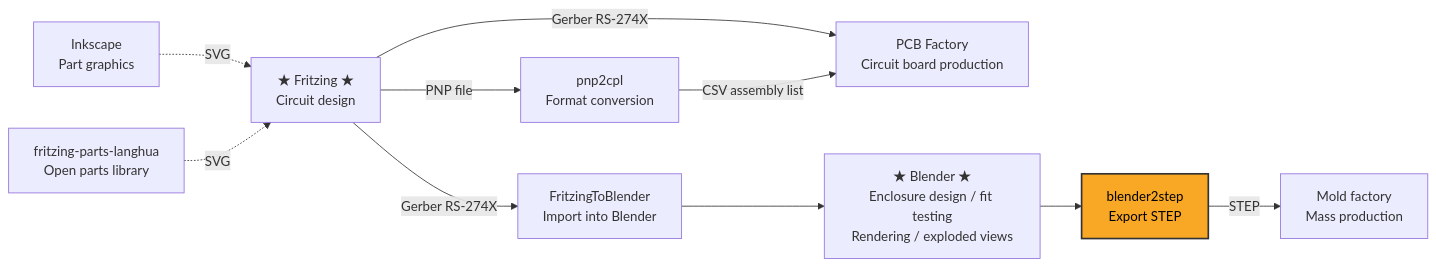
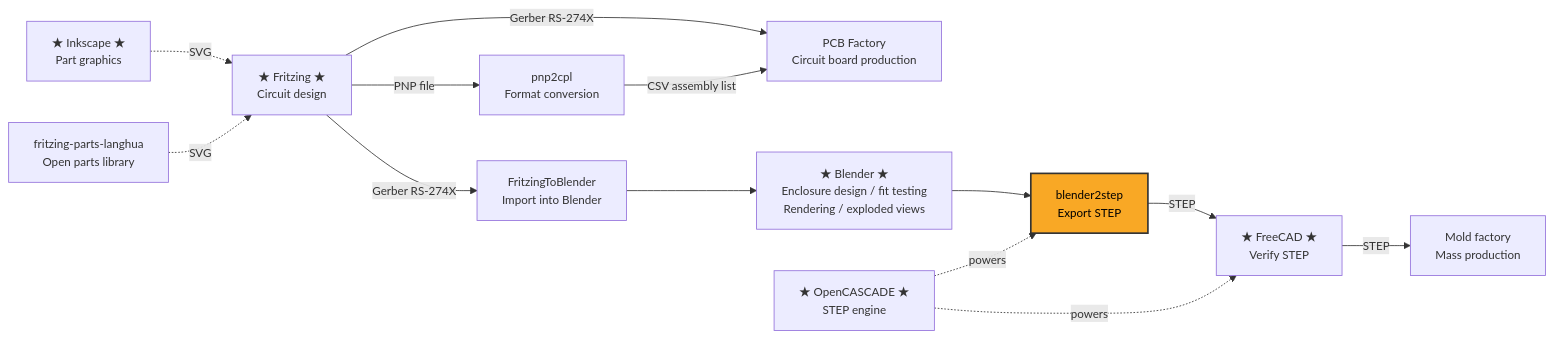
One commit to langhua/blender2step changed the diagram in README.md. Above: the diagram before and after it, drawn with Mermaid. The commit also changed 2 other files, not shown here.

Commit message:
更新README

````diff
--- a/README.md
+++ b/README.md
@@ -14,12 +14,15 @@
 ```mermaid
+%%{init: {'themeVariables': {'fontSize': '14px'}}}%%
 flowchart LR
     A[★ Fritzing ★<br/>Circuit design] -->|Gerber RS-274X| B[PCB Factory<br/>Circuit board production]
     A -->|PNP file| C[pnp2cpl<br/>Format conversion] -->|CSV assembly list| B
     A -->|Gerber RS-274X| D[FritzingToBlender<br/>Import into Blender] --> E[★ Blender ★<br/>Enclosure design / fit testing<br/>Rendering / exploded views]
-    E --> F[blender2step<br/>Export STEP] -->|STEP| G[Mold factory<br/>Mass production]
+    E --> F[blender2step<br/>Export STEP] -->|STEP| K[★ FreeCAD ★<br/>Verify STEP] -->|STEP| G[Mold factory<br/>Mass production]
 
-    H[Inkscape<br/>Part graphics] -.->|SVG| A
+    H[★ Inkscape ★<br/>Part graphics] -.->|SVG| A
     I[fritzing-parts-langhua<br/>Open parts library] -.->|SVG| A
+    J[★ OpenCASCADE ★<br/>STEP engine] -.->|powers| F
+    J -.->|powers| K
 
-    style F fill:#f9a825,stroke:#333,stroke-width:2px,color:#000,font-size:16px
+    style F fill:#f9a825,stroke:#333,stroke-width:2px,color:#000
 ```
````
